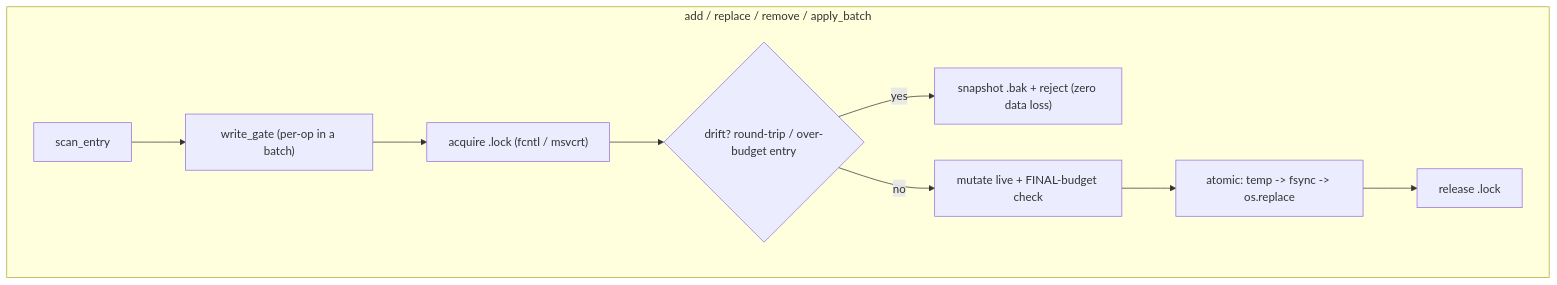
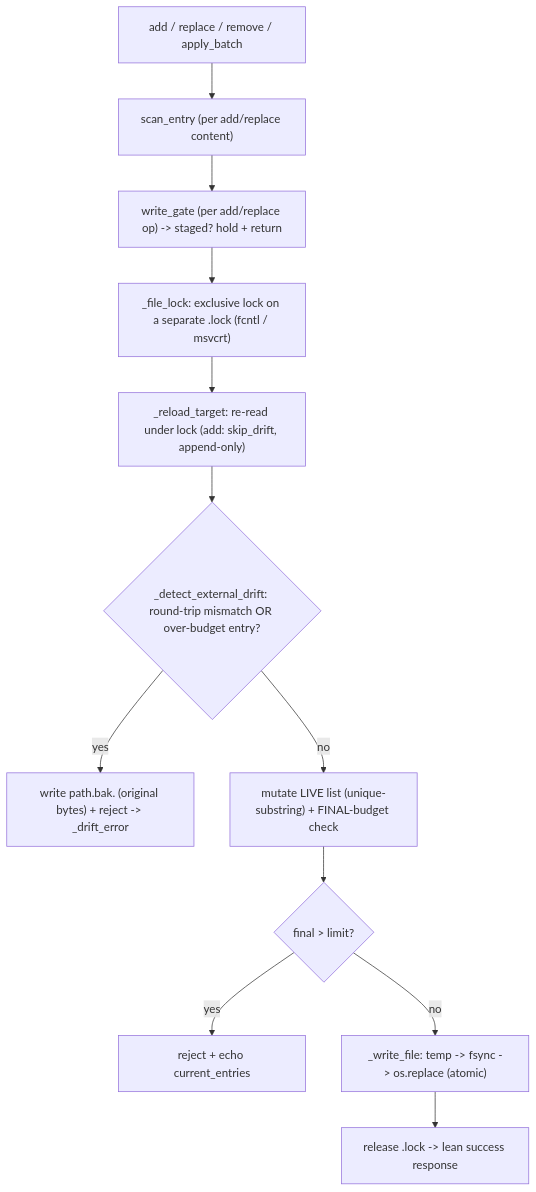
One commit to Ruihang2017/Jobpin-Agent changed the second of 2 diagrams in site/devlog/p0-1.2-memory-store-EN.md. Above: the diagram before and after it, drawn with Mermaid. The commit also changed other lines of this file and 5 other files, not shown here.

````diff
--- a/site/devlog/p0-1.2-memory-store-EN.md
+++ b/site/devlog/p0-1.2-memory-store-EN.md
@@ -44,12 +258,14 @@
 ```mermaid
 flowchart TD
-    subgraph Write["add / replace / remove / apply_batch"]
-      W1["scan_entry"] --> W2["write_gate (per-op in a batch)"]
-      W2 --> LK["acquire .lock (fcntl / msvcrt)"]
-      LK --> DRf{"drift? round-trip / over-budget entry"}
-      DRf -- "yes" --> BAK["snapshot .bak + reject (zero data loss)"]
-      DRf -- "no" --> MUT["mutate live + FINAL-budget check"]
-      MUT --> AW["atomic: temp -> fsync -> os.replace"]
-      AW --> UN["release .lock"]
-    end
+    OP["add / replace / remove / apply_batch"] --> SC["scan_entry (per add/replace content)"]
+    SC --> GT["write_gate (per add/replace op) -> staged? hold + return"]
+    GT --> LK["_file_lock: exclusive lock on a separate .lock (fcntl / msvcrt)"]
+    LK --> RL["_reload_target: re-read under lock (add: skip_drift, append-only)"]
+    RL --> DR{"_detect_external_drift: round-trip mismatch OR over-budget entry?"}
+    DR -- "yes" --> BAK["write path.bak.<ts> (original bytes) + reject -> _drift_error"]
+    DR -- "no" --> MUT["mutate LIVE list (unique-substring) + FINAL-budget check"]
+    MUT --> OB{"final > limit?"}
+    OB -- "yes" --> REJ["reject + echo current_entries"]
+    OB -- "no" --> AW["_write_file: temp -> fsync -> os.replace (atomic)"]
+    AW --> UN["release .lock -> lean success response"]
 ```
````
